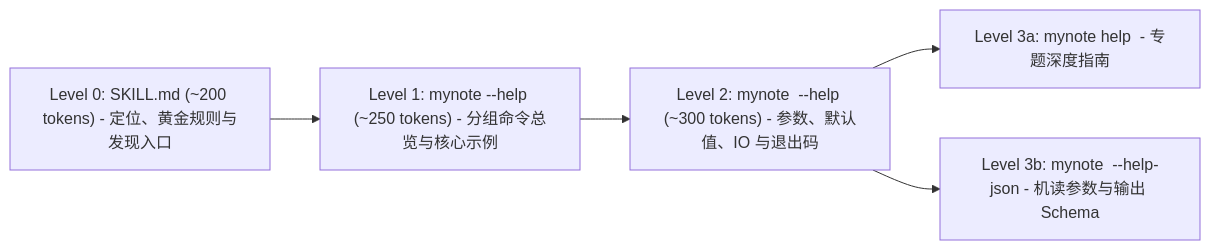
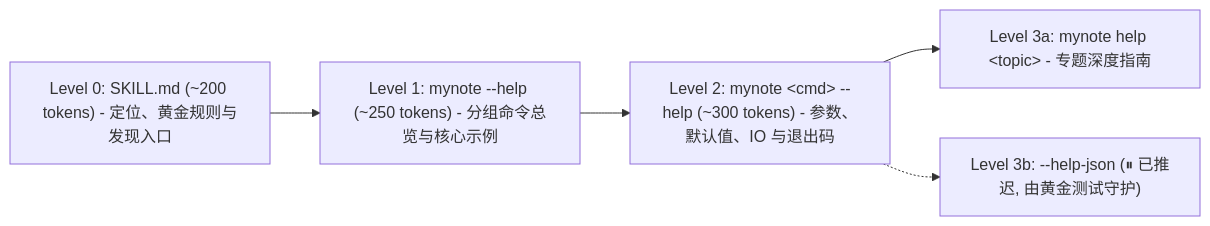
The sixth of 7 diagrams in docs/architecture-proposal.md (gray0128/my-note), drawn with Mermaid before and after one commit. The commit also changed other lines of this file and 16 other files, not shown here.

````diff
--- a/docs/architecture-proposal.md
+++ b/docs/architecture-proposal.md
@@ -481,7 +536,7 @@
 ```mermaid
 flowchart LR
     L0["Level 0: SKILL.md (~200 tokens) - 定位、黄金规则与发现入口"] --> L1["Level 1: mynote --help (~250 tokens) - 分组命令总览与核心示例"]
-    L1 --> L2["Level 2: mynote <cmd> --help (~300 tokens) - 参数、默认值、IO 与退出码"]
-    L2 --> L3A["Level 3a: mynote help <topic> - 专题深度指南"]
-    L2 --> L3B["Level 3b: mynote <cmd> --help-json - 机读参数与输出 Schema"]
+    L1 --> L2["Level 2: mynote #lt;cmd#gt; --help (~300 tokens) - 参数、默认值、IO 与退出码"]
+    L2 --> L3A["Level 3a: mynote help #lt;topic#gt; - 专题深度指南"]
+    L2 -.-> L3B["Level 3b: --help-json (⏸ 已推迟, 由黄金测试守护)"]
 ```
````
